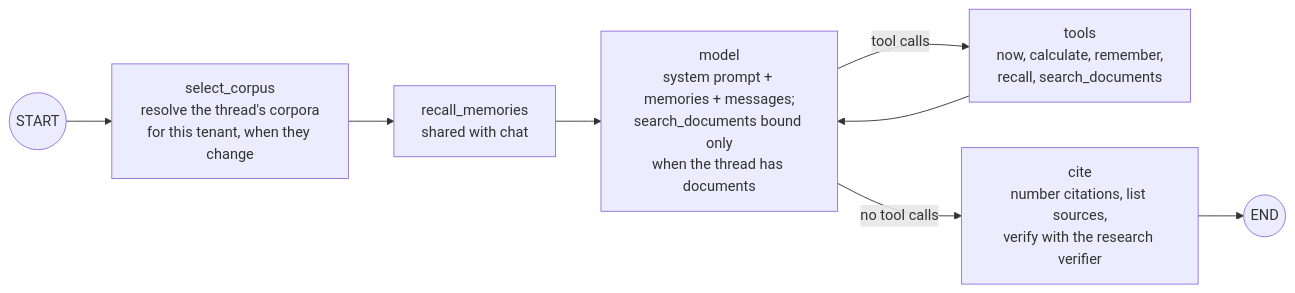
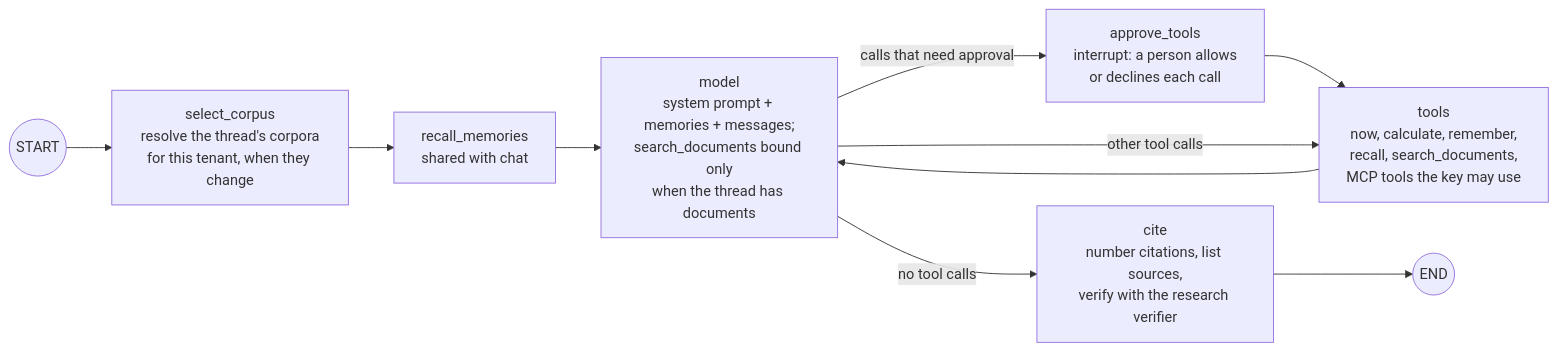
The ninth of 9 diagrams in docs/guide/04-agents.md (brentdunham/waypoint), drawn with Mermaid before and after one commit. The commit also changed other lines of this file and 30 other files, not shown here.

````diff
--- a/docs/guide/04-agents.md
+++ b/docs/guide/04-agents.md
@@ -327,10 +327,12 @@
 ```mermaid
 flowchart LR
     S((START)) --> sel[select_corpus<br/>resolve the thread's corpora<br/>for this tenant, when they change]
     sel --> recall[recall_memories<br/>shared with chat]
     recall --> model[model<br/>system prompt + memories + messages;<br/>search_documents bound only<br/>when the thread has documents]
-    model -->|tool calls| tools[tools<br/>now, calculate, remember,<br/>recall, search_documents]
+    model -->|calls that need approval| approve[approve_tools<br/>interrupt: a person allows<br/>or declines each call]
+    approve --> tools
+    model -->|other tool calls| tools[tools<br/>now, calculate, remember,<br/>recall, search_documents,<br/>MCP tools the key may use]
     tools --> model
     model -->|no tool calls| cite[cite<br/>number citations, list sources,<br/>verify with the research verifier]
     cite --> E((END))
 ```
````
